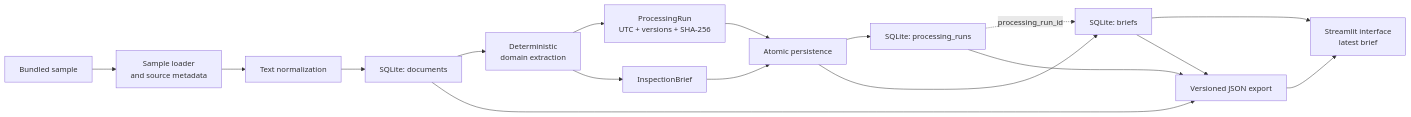
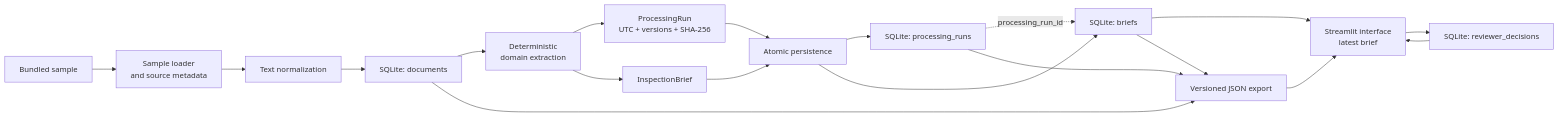
One commit to NikolayAir/seco-tender-inspection-brief changed the diagram in README.md. Above: the diagram before and after it, drawn with Mermaid. The commit also changed other lines of this file and 5 other files, not shown here.

````diff
--- a/README.md
+++ b/README.md
@@ -73,23 +75,25 @@
 ```mermaid
 flowchart LR
     sample["Bundled sample"] --> loader["Sample loader<br/>and source metadata"]
     loader --> cleaner["Text normalization"]
     cleaner --> document["SQLite: documents"]
 
     document --> extractor["Deterministic<br/>domain extraction"]
     extractor --> run["ProcessingRun<br/>UTC + versions + SHA-256"]
     extractor --> brief["InspectionBrief"]
 
     run --> persistence["Atomic persistence"]
     brief --> persistence
     persistence --> db_run["SQLite: processing_runs"]
     persistence --> db_brief["SQLite: briefs"]
 
     db_run -. processing_run_id .-> db_brief
     db_brief --> ui["Streamlit interface<br/>latest brief"]
+    ui --> decisions["SQLite: reviewer_decisions"]
+    decisions --> ui
 
     document --> export["Versioned JSON export"]
     db_run --> export
     db_brief --> export
     export --> ui
 ```
````
